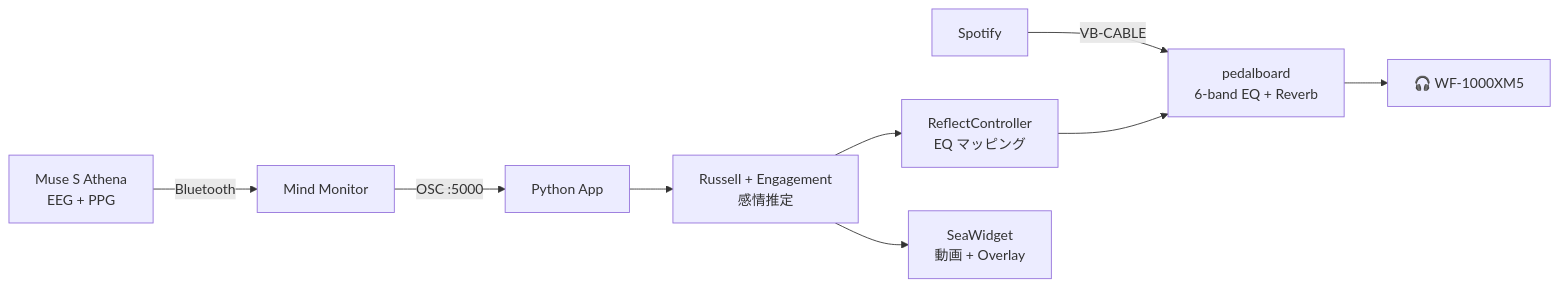
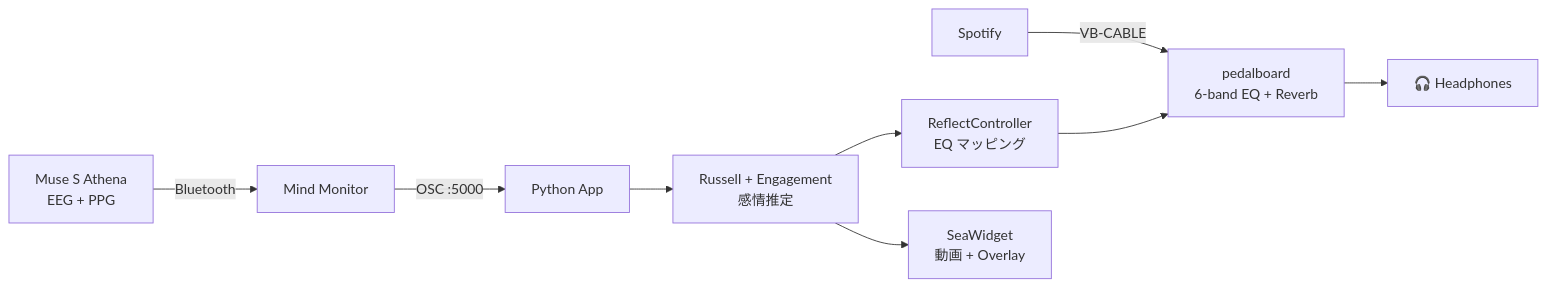
Before and after one commit to HIMEJI-HIRO/muse-emotion-eq: the diagram in README.md, drawn with Mermaid. The commit also changed other lines of this file and 8 other files, not shown here.

````diff
--- a/README.md
+++ b/README.md
@@ -81,11 +81,11 @@
 ```mermaid
 graph LR
     A[Muse S Athena<br/>EEG + PPG] -->|Bluetooth| B[Mind Monitor]
     B -->|OSC :5000| C[Python App]
     C --> D[Russell + Engagement<br/>感情推定]
     D --> E[ReflectController<br/>EQ マッピング]
     F[Spotify] -->|VB-CABLE| G[pedalboard<br/>6-band EQ + Reverb]
     E --> G
-    G --> H[🎧 WF-1000XM5]
+    G --> H[🎧 Headphones]
     D --> I[SeaWidget<br/>動画 + Overlay]
 ```
````
